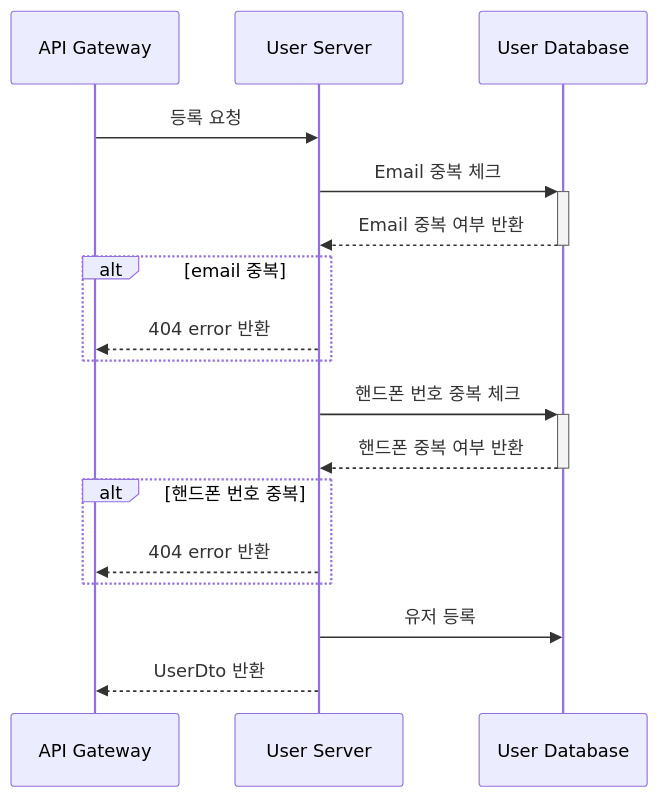
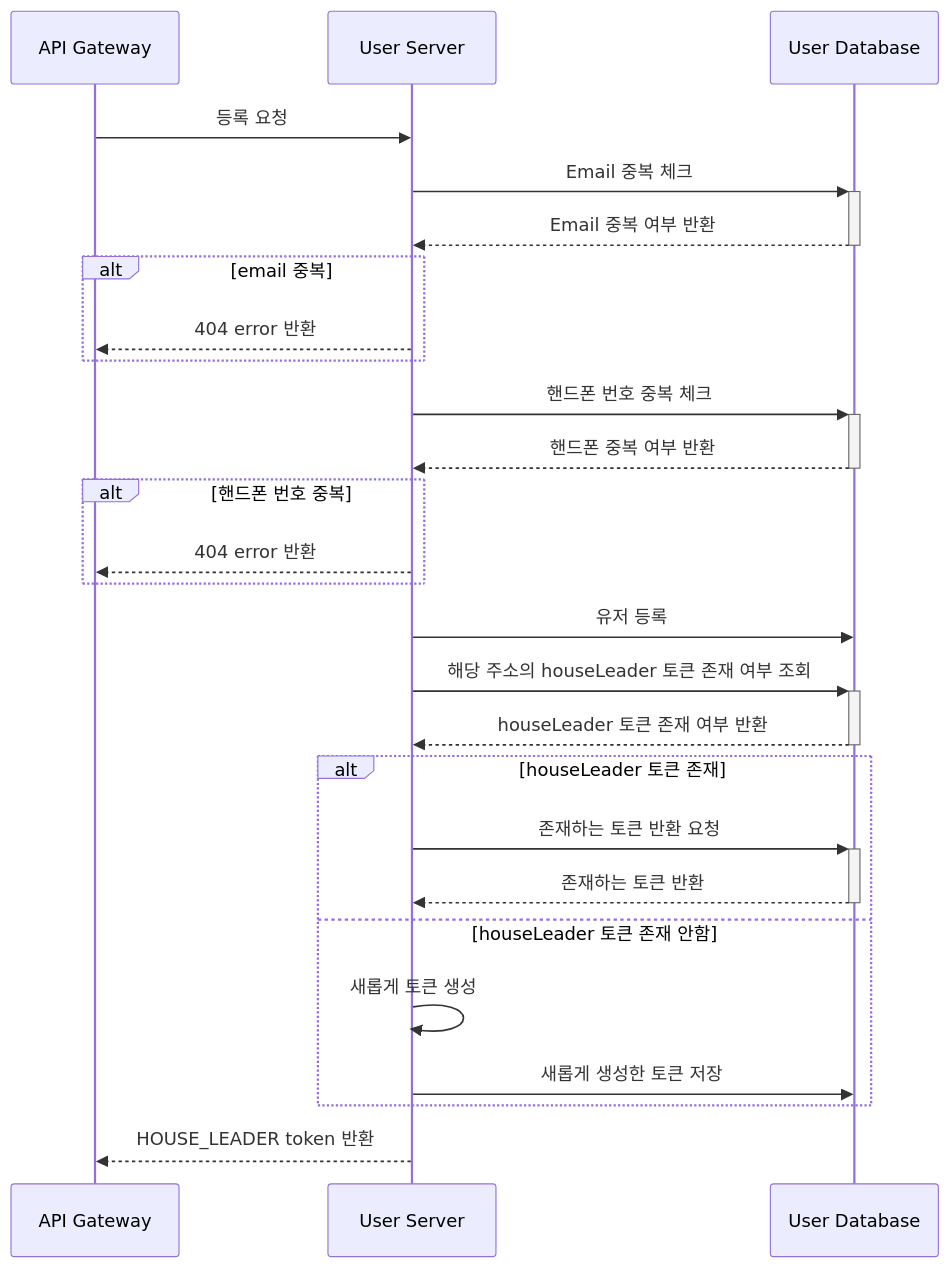
Before and after one commit to tkdlqh2/residents_meeting: the fourth of 17 diagrams in README.md, drawn with Mermaid. The commit also changed other lines of this file, not shown here.

Commit message:
userRole 관련 README update

````diff
--- a/README.md
+++ b/README.md
@@ -141,21 +142,30 @@
-```mermaid
-sequenceDiagram
-    participant B as API Gateway
-    participant C as User Server
-    participant D as User Database
-    B ->> C : 등록 요청
-    C ->>+ D: Email 중복 체크
-    D -->>- C: Email 중복 여부 반환
-    alt email 중복
-        C -->> B: 404 error 반환
-    end
-    C ->>+ D:  핸드폰 번호 중복 체크
-    D -->>- C: 핸드폰 중복 여부 반환
-    alt 핸드폰 번호 중복
-    C -->> B: 404 error 반환
-    end
-    C ->> D: 유저 등록
-    C -->> B: UserDto 반환
+      ```mermaid
+      sequenceDiagram
+          participant B as API Gateway
+          participant C as User Server
+          participant D as User Database
+          B ->> C : 등록 요청
+          C ->>+ D: Email 중복 체크
+          D -->>- C: Email 중복 여부 반환
+          alt email 중복
+              C -->> B: 404 error 반환
+          end
+          C ->>+ D:  핸드폰 번호 중복 체크
+          D -->>- C: 핸드폰 중복 여부 반환
+          alt 핸드폰 번호 중복
+          C -->> B: 404 error 반환
+          end
+          C ->> D: 유저 등록
+      
+          C ->>+ D: 해당 주소의 houseLeader 토큰 존재 여부 조회
+          D -->>- C: houseLeader 토큰 존재 여부 반환
+          alt houseLeader 토큰 존재
+              C ->>+ D : 존재하는 토큰 반환 요청
+              D -->>- C: 존재하는 토큰 반환 
+          else houseLeader 토큰 존재 안함
+              C ->> C: 새롭게 토큰 생성
+              C ->> D : 새롭게 생성한 토큰 저장
+          end 
+          C -->> B: HOUSE_LEADER token 반환 
     
-
-```
+      ```
````
